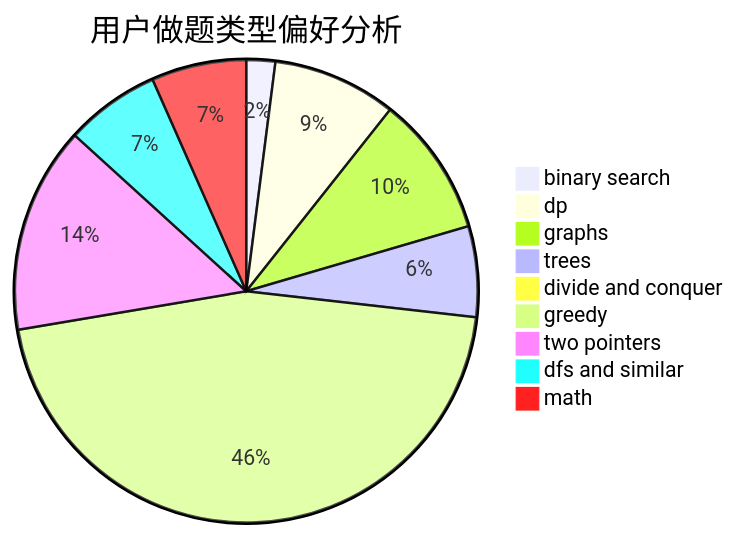
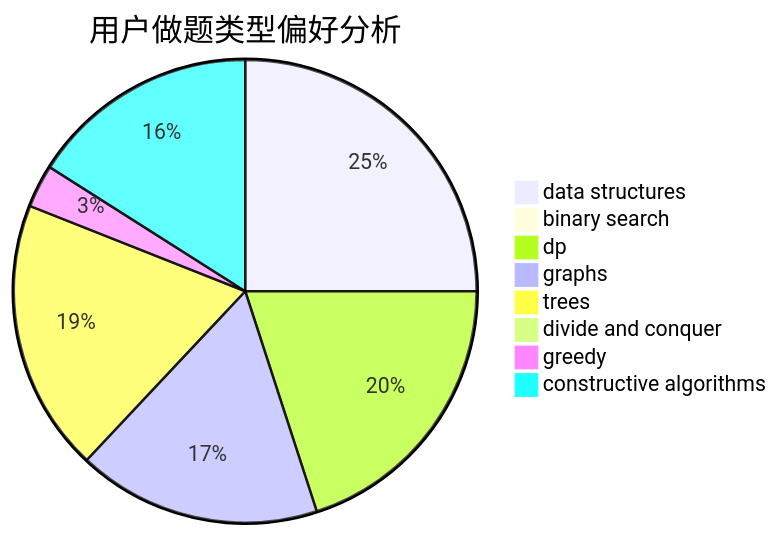
The second of 3 diagrams in docs/user/u2091.md (sherpahu/cfrs.github.io), drawn with Mermaid before and after one commit. The commit also changed other lines of this file and 2775 other files, not shown here.

````diff
--- a/docs/user/u2091.md
+++ b/docs/user/u2091.md
@@ -23,12 +23,11 @@
 ```mermaid
 pie title 用户做题类型偏好分析
-    "binary search" :  7
-    "dp" :  30
-    "graphs" :  34
-    "trees" :  22
+    "data structures" :  25
+    "binary search" :  1
+    "dp" :  20
+    "graphs" :  17
+    "trees" :  19
     "divide and conquer" :  0
-    "greedy" :  158
-    "two pointers" :  50
-    "dfs and similar" :  23
-    "math" :  23
+    "greedy" :  3
+    "constructive algorithms" :  16
 ```
````
